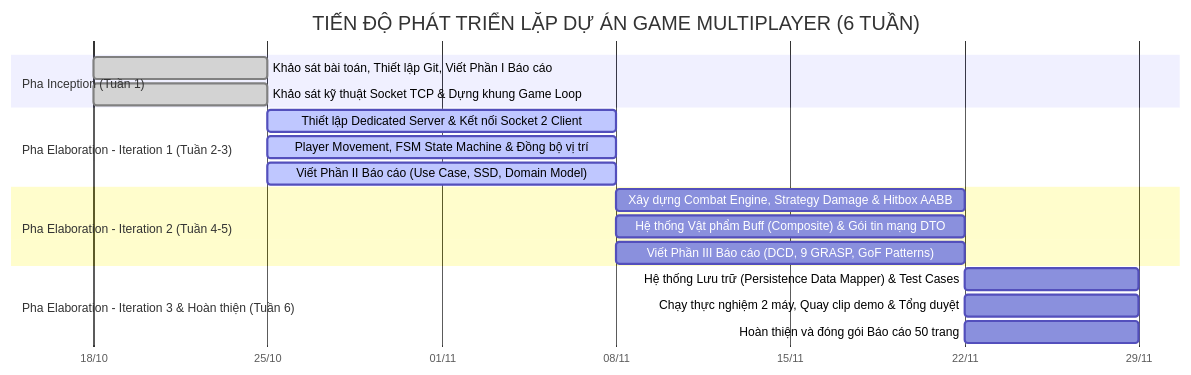
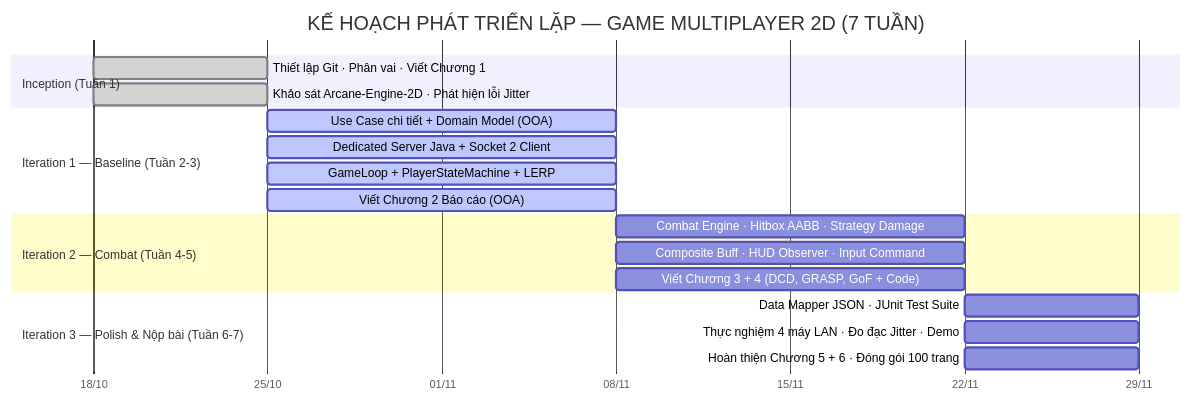
The third of 3 diagrams in Docs_BaoCao/Phan_01_PhatBieu_BaiToan.md (Tran1209/UML-Patterns-Mastery), drawn with Mermaid before and after one commit. The commit also changed other lines of this file, not shown here.

````diff
--- a/Docs_BaoCao/Phan_01_PhatBieu_BaiToan.md
+++ b/Docs_BaoCao/Phan_01_PhatBieu_BaiToan.md
@@ -121,25 +227,26 @@
 ```mermaid
 gantt
-    title TIẾN ĐỘ PHÁT TRIỂN LẶP DỰ ÁN GAME MULTIPLAYER (6 TUẦN)
+    title KẾ HOẠCH PHÁT TRIỂN LẶP — GAME MULTIPLAYER 2D (7 TUẦN)
     dateFormat  YYYY-MM-DD
     axisFormat %d/%m
 
-    section Pha Inception (Tuần 1)
-    Khảo sát bài toán, Thiết lập Git, Viết Phần I Báo cáo :done, inc1, 2026-10-18, 7d
-    Khảo sát kỹ thuật Socket TCP & Dựng khung Game Loop   :done, inc2, 2026-10-18, 7d
+    section Inception (Tuần 1)
+    Thiết lập Git · Phân vai · Viết Chương 1        :done, inc1, 2026-10-18, 7d
+    Khảo sát Arcane-Engine-2D · Phát hiện lỗi Jitter :done, inc2, 2026-10-18, 7d
 
-    section Pha Elaboration - Iteration 1 (Tuần 2-3)
-    Thiết lập Dedicated Server & Kết nối Socket 2 Client :active, it1_1, 2026-10-25, 14d
-    Player Movement, FSM State Machine & Đồng bộ vị trí  :active, it1_2, 2026-10-25, 14d
-    Viết Phần II Báo cáo (Use Case, SSD, Domain Model)   :active, it1_3, 2026-10-25, 14d
+    section Iteration 1 — Baseline (Tuần 2-3)
+    Use Case chi tiết + Domain Model (OOA)           :active, it1_1, 2026-10-25, 14d
+    Dedicated Server Java + Socket 2 Client          :active, it1_2, 2026-10-25, 14d
+    GameLoop + PlayerStateMachine + LERP             :active, it1_3, 2026-10-25, 14d
+    Viết Chương 2 Báo cáo (OOA)                     :active, it1_4, 2026-10-25, 14d
 
-    section Pha Elaboration - Iteration 2 (Tuần 4-5)
-    Xây dựng Combat Engine, Strategy Damage & Hitbox AABB :it2_1, 2026-11-08, 14d
-    Hệ thống Vật phẩm Buff (Composite) & Gói tin mạng DTO  :it2_2, 2026-11-08, 14d
-    Viết Phần III Báo cáo (DCD, 9 GRASP, GoF Patterns)   :it2_3, 2026-11-08, 14d
+    section Iteration 2 — Combat (Tuần 4-5)
+    Combat Engine · Hitbox AABB · Strategy Damage   :it2_1, 2026-11-08, 14d
+    Composite Buff · HUD Observer · Input Command   :it2_2, 2026-11-08, 14d
+    Viết Chương 3 + 4 (DCD, GRASP, GoF + Code)     :it2_3, 2026-11-08, 14d
 
-    section Pha Elaboration - Iteration 3 & Hoàn thiện (Tuần 6)
-    Hệ thống Lưu trữ (Persistence Data Mapper) & Test Cases:fin_1, 2026-11-22, 7d
-    Chạy thực nghiệm 2 máy, Quay clip demo & Tổng duyệt    :fin_2, 2026-11-22, 7d
-    Hoàn thiện và đóng gói Báo cáo 50 trang              :fin_3, 2026-11-22, 7d
+    section Iteration 3 — Polish & Nộp bài (Tuần 6-7)
+    Data Mapper JSON · JUnit Test Suite             :fin_1, 2026-11-22, 7d
+    Thực nghiệm 4 máy LAN · Đo đạc Jitter · Demo  :fin_2, 2026-11-22, 7d
+    Hoàn thiện Chương 5 + 6 · Đóng gói 100 trang  :fin_3, 2026-11-22, 7d
 ```
````
